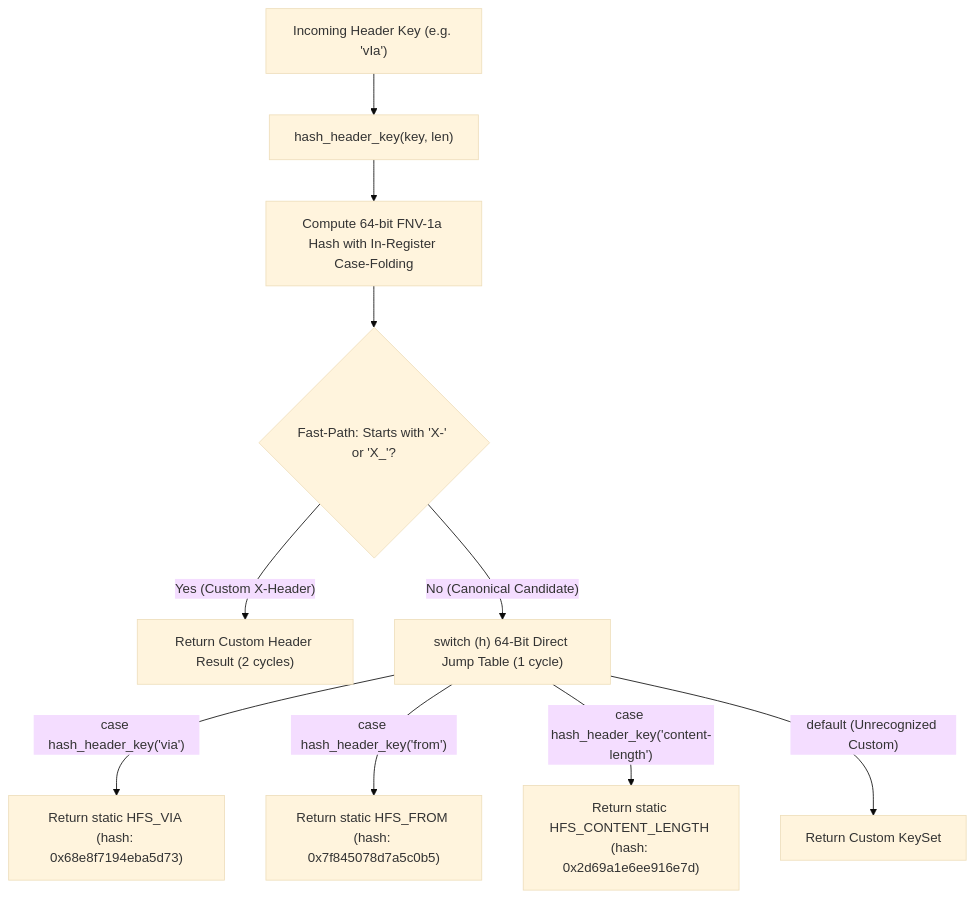
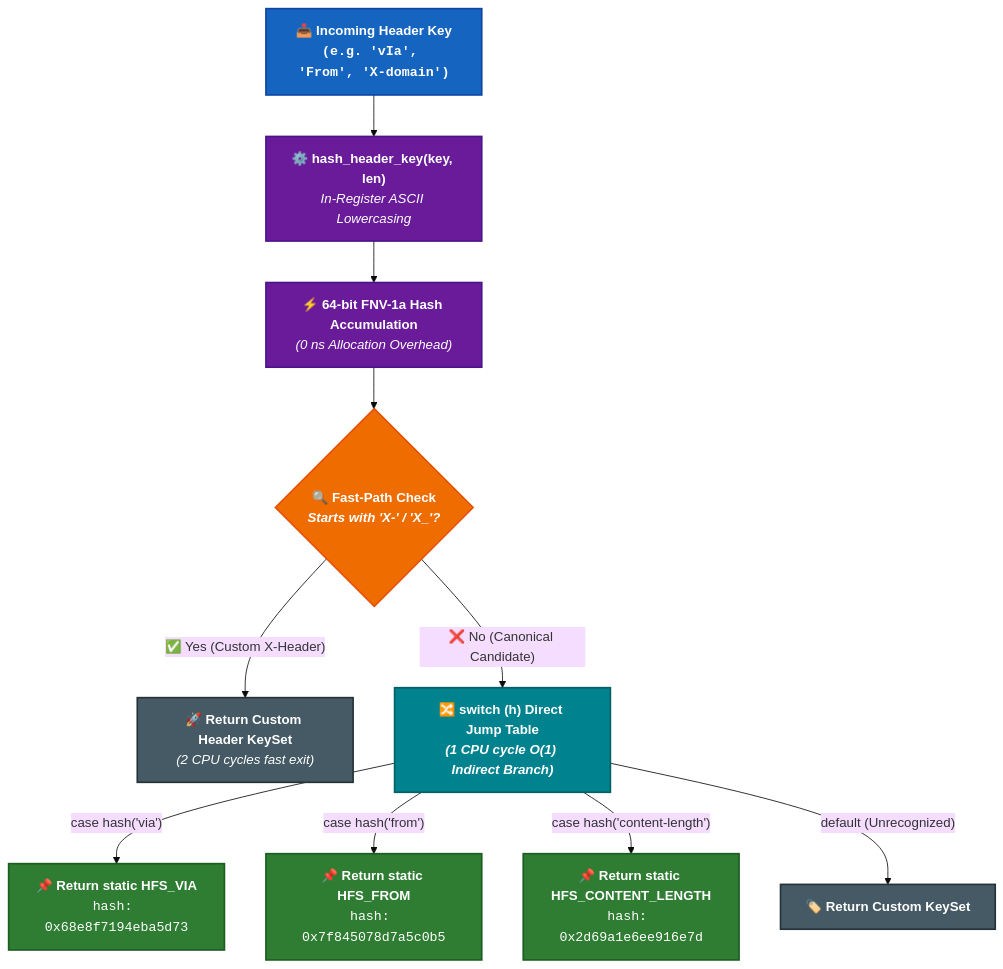
One commit to SiddiqSoft/sip2json changed the diagram in docs/features/optimization_choices.md. Above: the diagram before and after it, drawn with Mermaid (base theme). The commit also changed 21 other files, not shown here.

First line of the commit message:
docs: streamline navigation sections, enlarge dependency diagrams, and add colorful charts

````diff
--- a/docs/features/optimization_choices.md
+++ b/docs/features/optimization_choices.md
@@ -9,12 +9,19 @@
 ```mermaid
 flowchart TD
-    A["Incoming Header Key (e.g. 'vIa')"] --> B["hash_header_key(key, len)"]
-    B --> C["Compute 64-bit FNV-1a Hash with In-Register Case-Folding"]
-    C --> D{"Fast-Path: Starts with 'X-' or 'X_'?"}
-    D -- "Yes (Custom X-Header)" --> E["Return Custom Header Result (2 cycles)"]
-    D -- "No (Canonical Candidate)" --> F["switch (h) 64-Bit Direct Jump Table (1 cycle)"]
-    F -- "case hash_header_key('via')" --> G["Return static HFS_VIA (hash: 0x68e8f7194eba5d73)"]
-    F -- "case hash_header_key('from')" --> H["Return static HFS_FROM (hash: 0x7f845078d7a5c0b5)"]
-    F -- "case hash_header_key('content-length')" --> I["Return static HFS_CONTENT_LENGTH (hash: 0x2d69a1e6ee916e7d)"]
-    F -- "default (Unrecognized Custom)" --> J["Return Custom KeySet"]
+    A["📥 <b>Incoming Header Key</b><br/><code>(e.g. 'vIa', 'From', 'X-domain')</code>"]:::inputClass --> B["⚙️ <b>hash_header_key(key, len)</b><br/><i>In-Register ASCII Lowercasing</i>"]:::hashClass
+    B --> C["⚡ <b>64-bit FNV-1a Hash Accumulation</b><br/><i>(0 ns Allocation Overhead)</i>"]:::hashClass
+    C --> D{"🔍 <b>Fast-Path Check</b><br/><i>Starts with 'X-' / 'X_'?</i>"}:::decisionClass
+    D -- "✅ Yes (Custom X-Header)" --> E["🚀 <b>Return Custom Header KeySet</b><br/><i>(2 CPU cycles fast exit)</i>"]:::customClass
+    D -- "❌ No (Canonical Candidate)" --> F["🔀 <b>switch (h) Direct Jump Table</b><br/><i>(1 CPU cycle O(1) Indirect Branch)</i>"]:::jumpClass
+    F -- "case hash('via')" --> G["📌 <b>Return static HFS_VIA</b><br/><code>hash: 0x68e8f7194eba5d73</code>"]:::matchClass
+    F -- "case hash('from')" --> H["📌 <b>Return static HFS_FROM</b><br/><code>hash: 0x7f845078d7a5c0b5</code>"]:::matchClass
+    F -- "case hash('content-length')" --> I["📌 <b>Return static HFS_CONTENT_LENGTH</b><br/><code>hash: 0x2d69a1e6ee916e7d</code>"]:::matchClass
+    F -- "default (Unrecognized)" --> J["🏷️ <b>Return Custom KeySet</b>"]:::customClass
+
+    classDef inputClass fill:#1565C0,stroke:#0D47A1,stroke-width:2px,color:#FFFFFF,font-weight:bold;
+    classDef hashClass fill:#6A1B9A,stroke:#4A148C,stroke-width:2px,color:#FFFFFF;
+    classDef decisionClass fill:#EF6C00,stroke:#E65100,stroke-width:2px,color:#FFFFFF,font-weight:bold;
+    classDef jumpClass fill:#00838F,stroke:#006064,stroke-width:2px,color:#FFFFFF,font-weight:bold;
+    classDef matchClass fill:#2E7D32,stroke:#1B5E20,stroke-width:2px,color:#FFFFFF;
+    classDef customClass fill:#455A64,stroke:#263238,stroke-width:2px,color:#FFFFFF;
 ```
````
